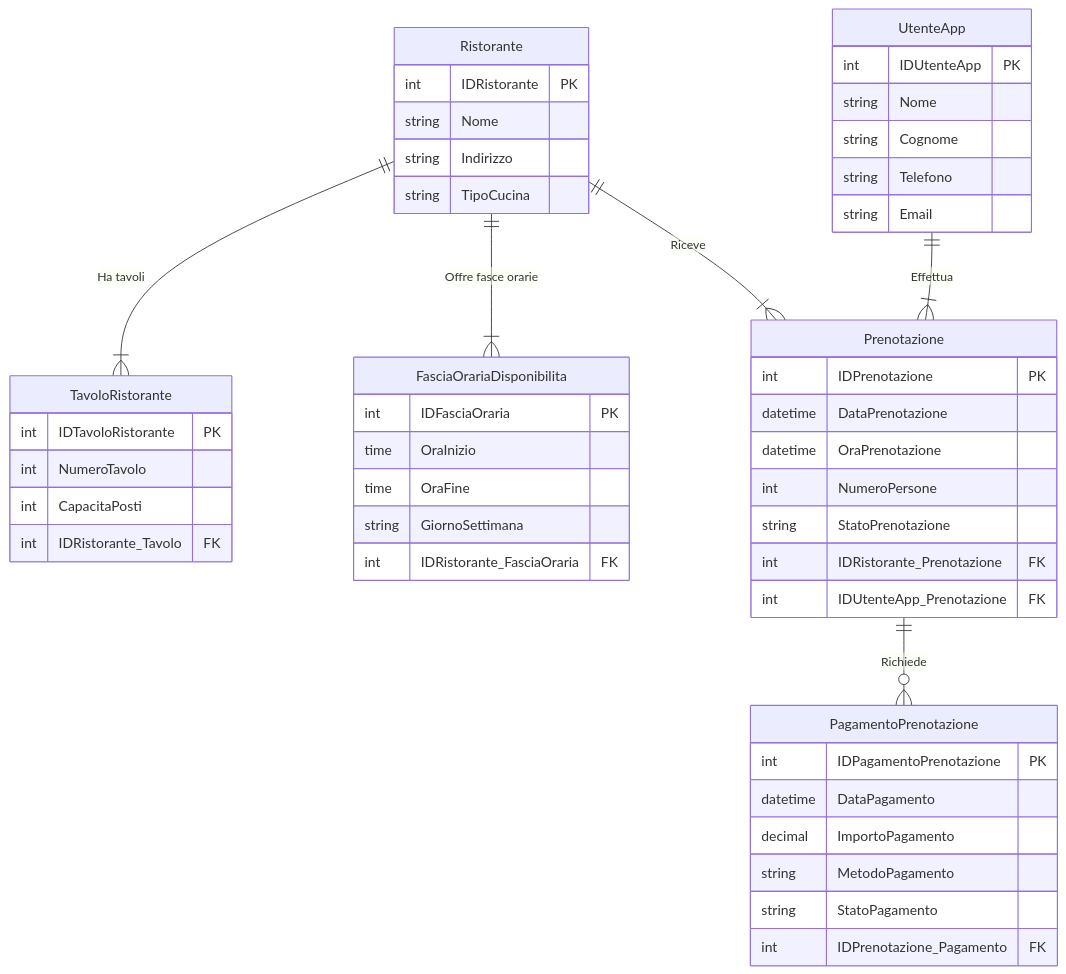
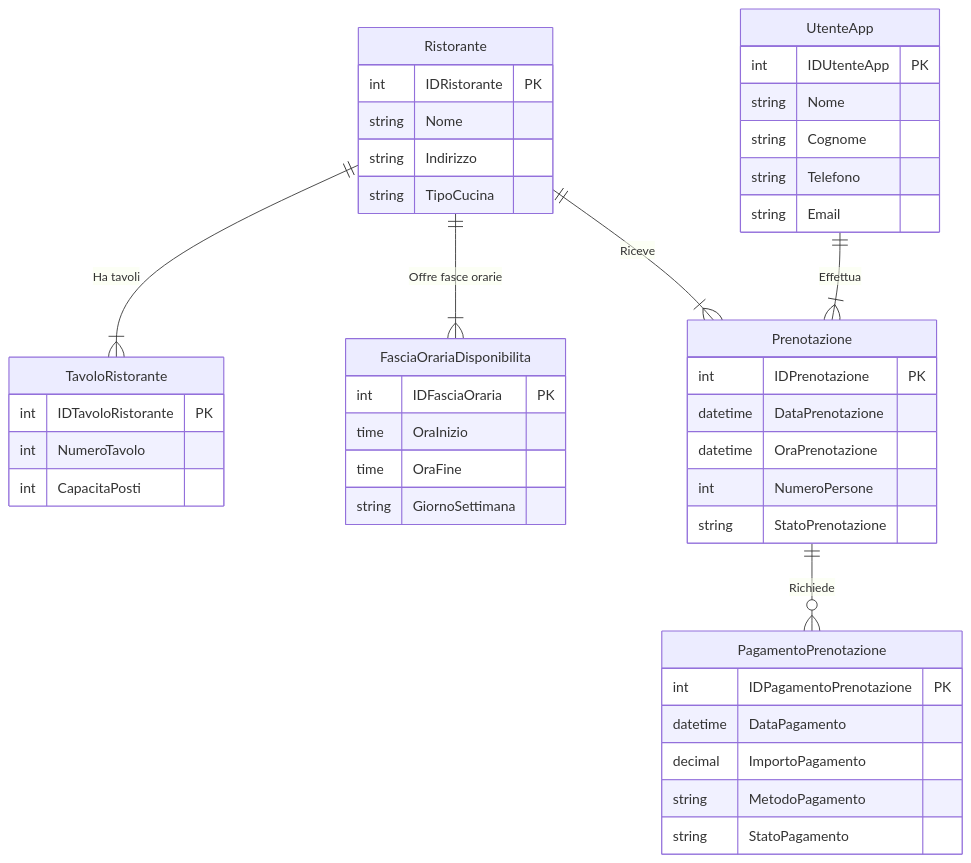
Before and after one commit to GreppiDev/Info5IA2425WebDev: the fourth of 6 diagrams in rasd/use-cases-er-requirements/index.md, drawn with Mermaid. The commit also changed other lines of this file, not shown here.

````diff
--- a/rasd/use-cases-er-requirements/index.md
+++ b/rasd/use-cases-er-requirements/index.md
@@ -853,57 +872,52 @@
 ```mermaid
 erDiagram
 		Ristorante ||--|{ TavoloRistorante : "Ha tavoli"
 		Ristorante ||--|{ FasciaOrariaDisponibilita : "Offre fasce orarie" 
 		Ristorante ||--|{ Prenotazione : "Riceve"
 		UtenteApp ||--|{ Prenotazione : "Effettua"
 		Prenotazione ||--o{ PagamentoPrenotazione : "Richiede"
 		
 		Ristorante {
 				int IDRistorante PK
 				string Nome
 				string Indirizzo
 				string TipoCucina
 		}
 		
 		TavoloRistorante {
 				int IDTavoloRistorante PK
 				int NumeroTavolo
 				int CapacitaPosti
-				int IDRistorante_Tavolo FK
 		}
 		
 		FasciaOrariaDisponibilita {
 				int IDFasciaOraria PK
 				time OraInizio
 				time OraFine
 				string GiornoSettimana
-				int IDRistorante_FasciaOraria FK
 		}
 		
 		Prenotazione {
 				int IDPrenotazione PK
 				datetime DataPrenotazione
 				datetime OraPrenotazione
 				int NumeroPersone
 				string StatoPrenotazione
-				int IDRistorante_Prenotazione FK
-				int IDUtenteApp_Prenotazione FK
 		}
 		
 		UtenteApp {
 				int IDUtenteApp PK
 				string Nome
 				string Cognome
 				string Telefono
 				string Email
 		}
 		
 		PagamentoPrenotazione {
 				int IDPagamentoPrenotazione PK
 				datetime DataPagamento
 				decimal ImportoPagamento
 				string MetodoPagamento
 				string StatoPagamento
-				int IDPrenotazione_Pagamento FK
 		}
 ```
````
